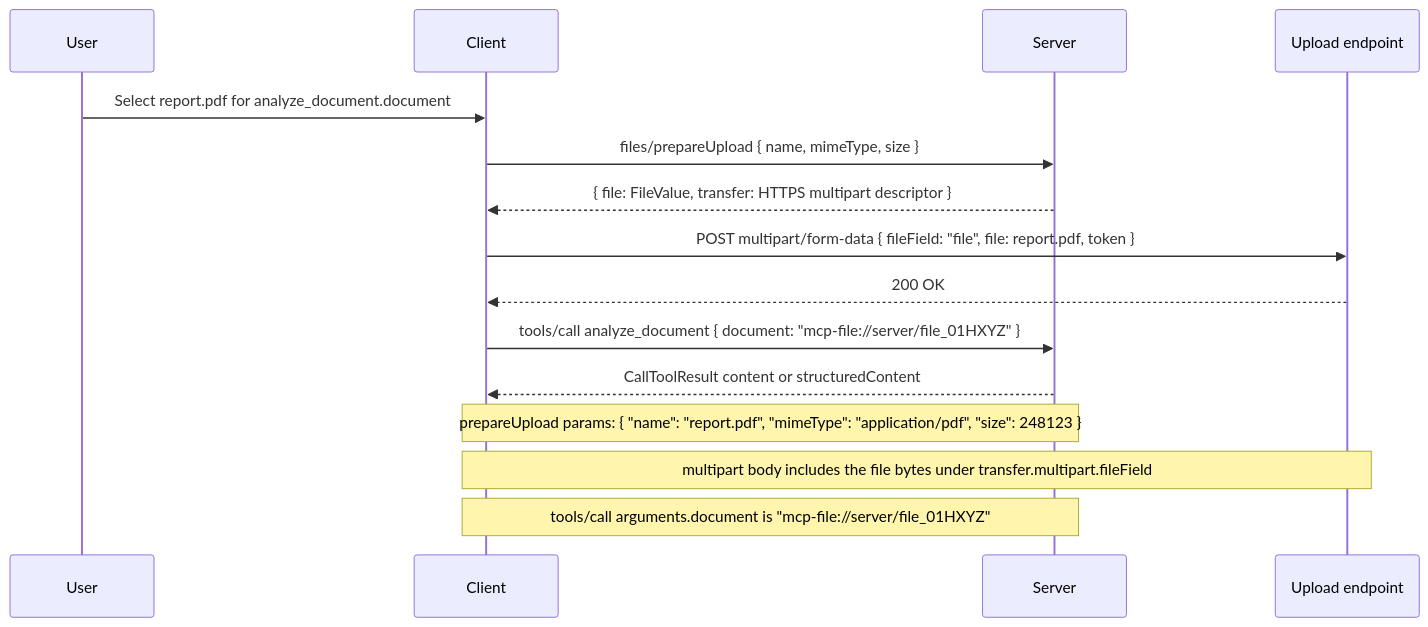
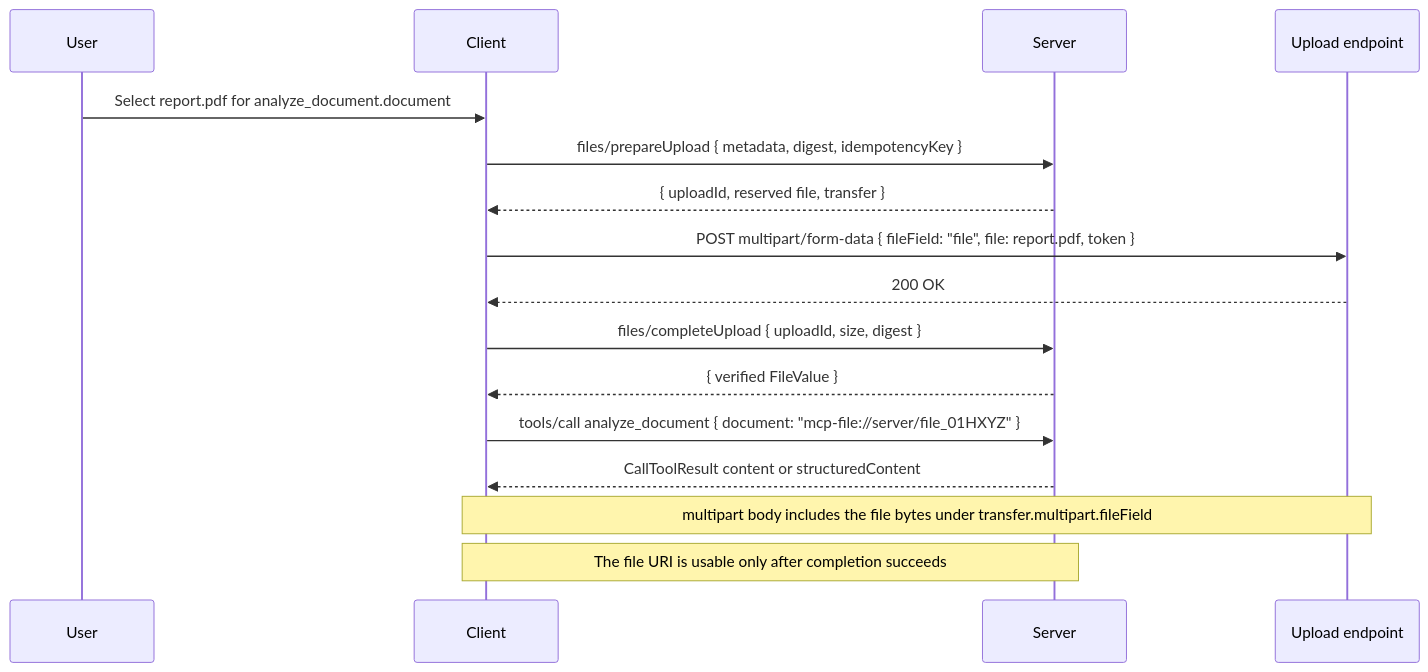
Before and after one commit to caseychow-oai/modelcontextprotocol: the diagram in docs/seps/2631-file-objects-and-transfer.mdx, drawn with Mermaid. The commit also changed other lines of this file and 4 other files, not shown here.

````diff
--- a/docs/seps/2631-file-objects-and-transfer.mdx
+++ b/docs/seps/2631-file-objects-and-transfer.mdx
@@ -447,19 +681,20 @@
 ```mermaid
 sequenceDiagram
     participant User
     participant Client
     participant Server
     participant Upload as Upload endpoint
 
     User->>Client: Select report.pdf for analyze_document.document
-    Client->>Server: files/prepareUpload { name, mimeType, size }
-    Server-->>Client: { file: FileValue, transfer: HTTPS multipart descriptor }
+    Client->>Server: files/prepareUpload { metadata, digest, idempotencyKey }
+    Server-->>Client: { uploadId, reserved file, transfer }
     Client->>Upload: POST multipart/form-data { fileField: "file", file: report.pdf, token }
     Upload-->>Client: 200 OK
+    Client->>Server: files/completeUpload { uploadId, size, digest }
+    Server-->>Client: { verified FileValue }
     Client->>Server: tools/call analyze_document { document: "mcp-file://server/file_01HXYZ" }
     Server-->>Client: CallToolResult content or structuredContent
 
-    Note over Client,Server: prepareUpload params: { "name": "report.pdf", "mimeType": "application/pdf", "size": 248123 }
     Note over Client,Upload: multipart body includes the file bytes under transfer.multipart.fileField
-    Note over Client,Server: tools/call arguments.document is "mcp-file://server/file_01HXYZ"
+    Note over Client,Server: The file URI is usable only after completion succeeds
 ```
````
